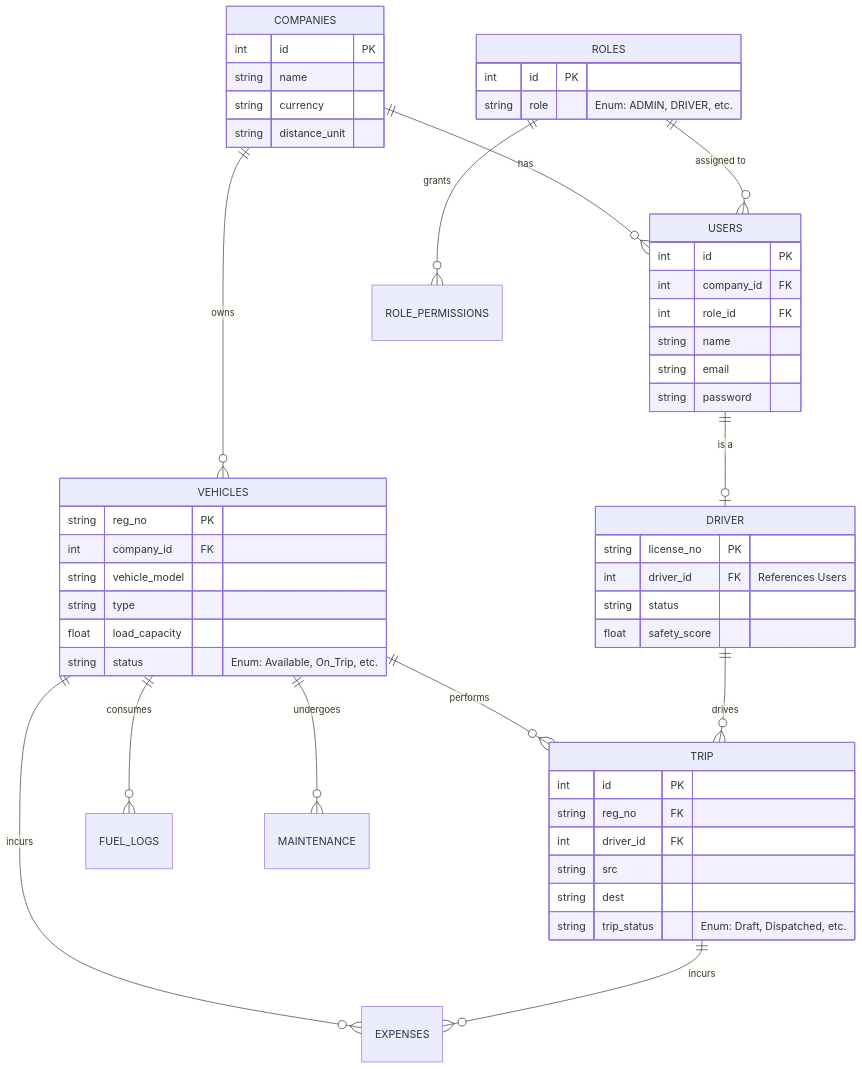
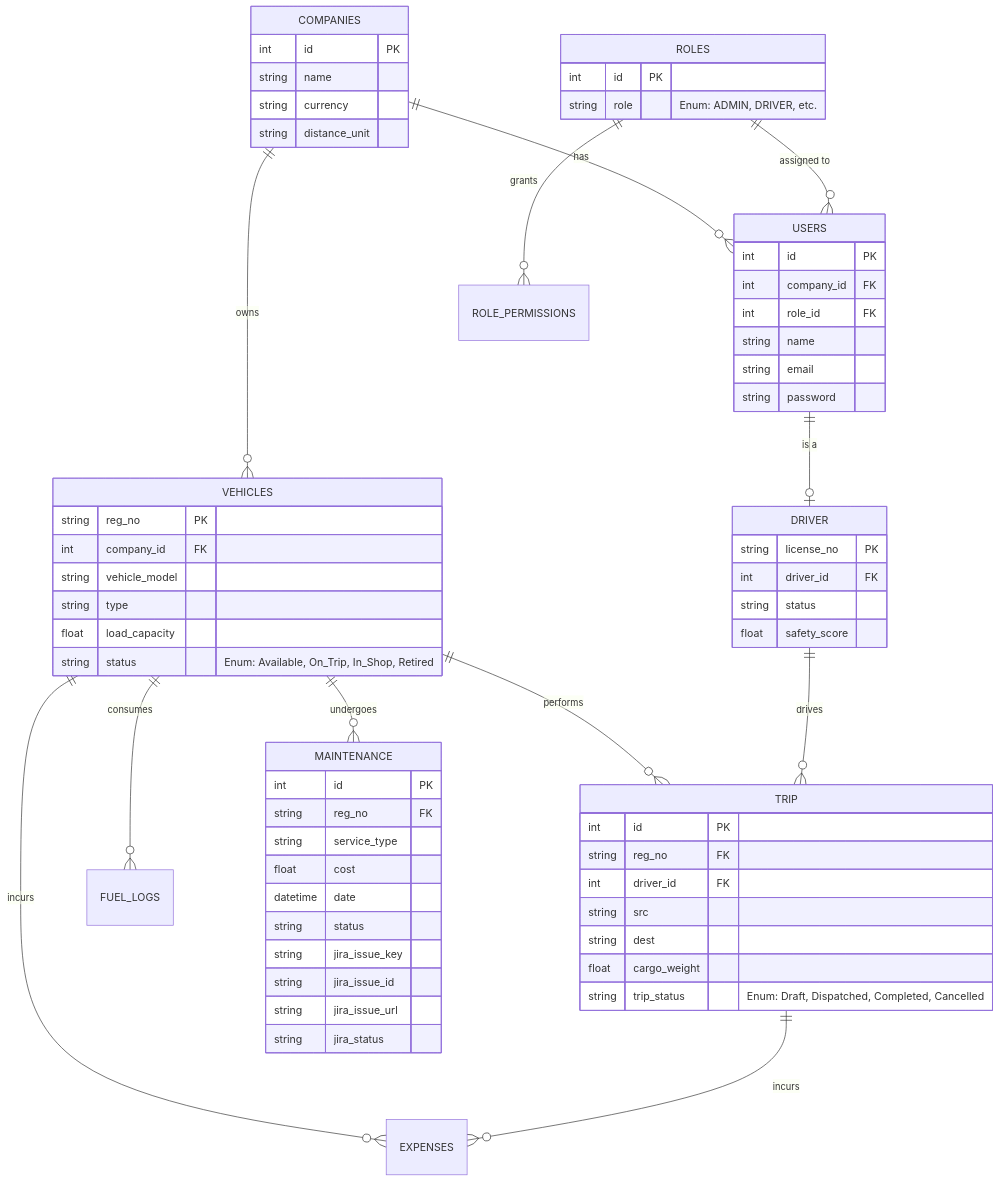
The second of 2 diagrams in README.md (OptimusPrime-45/asd-d_mpr), drawn with Mermaid before and after one commit. The commit also changed other lines of this file and 2 other files, not shown here.

Commit message:
docs: overhaul README with clean architecture and add complete GitHub Actions CI pipeline

````diff
--- a/README.md
+++ b/README.md
@@ -49,63 +58,77 @@
 ```mermaid
 erDiagram
     COMPANIES ||--o{ USERS : "has"
     COMPANIES ||--o{ VEHICLES : "owns"
     ROLES ||--o{ USERS : "assigned to"
     ROLES ||--o{ ROLE_PERMISSIONS : "grants"
     
     USERS ||--o| DRIVER : "is a"
     
     VEHICLES ||--o{ TRIP : "performs"
     VEHICLES ||--o{ FUEL_LOGS : "consumes"
     VEHICLES ||--o{ EXPENSES : "incurs"
     VEHICLES ||--o{ MAINTENANCE : "undergoes"
     
     DRIVER ||--o{ TRIP : "drives"
     TRIP ||--o{ EXPENSES : "incurs"
 
     COMPANIES {
         int id PK
         string name
         string currency
         string distance_unit
     }
     
     USERS {
         int id PK
         int company_id FK
         int role_id FK
         string name
         string email
         string password
     }
 
     ROLES {
         int id PK
         string role "Enum: ADMIN, DRIVER, etc."
     }
 
     VEHICLES {
         string reg_no PK
         int company_id FK
         string vehicle_model
         string type
         float load_capacity
-        string status "Enum: Available, On_Trip, etc."
+        string status "Enum: Available, On_Trip, In_Shop, Retired"
+    }
+
+    MAINTENANCE {
+        int id PK
+        string reg_no FK
+        string service_type
+        float cost
+        datetime date
+        string status
+        string jira_issue_key
+        string jira_issue_id
+        string jira_issue_url
+        string jira_status
     }
 
     DRIVER {
         string license_no PK
-        int driver_id FK "References Users"
+        int driver_id FK
         string status
         float safety_score
     }
 
     TRIP {
         int id PK
         string reg_no FK
         int driver_id FK
         string src
         string dest
-        string trip_status "Enum: Draft, Dispatched, etc."
+        float cargo_weight
+        string trip_status "Enum: Draft, Dispatched, Completed, Cancelled"
     }
 ```
````
